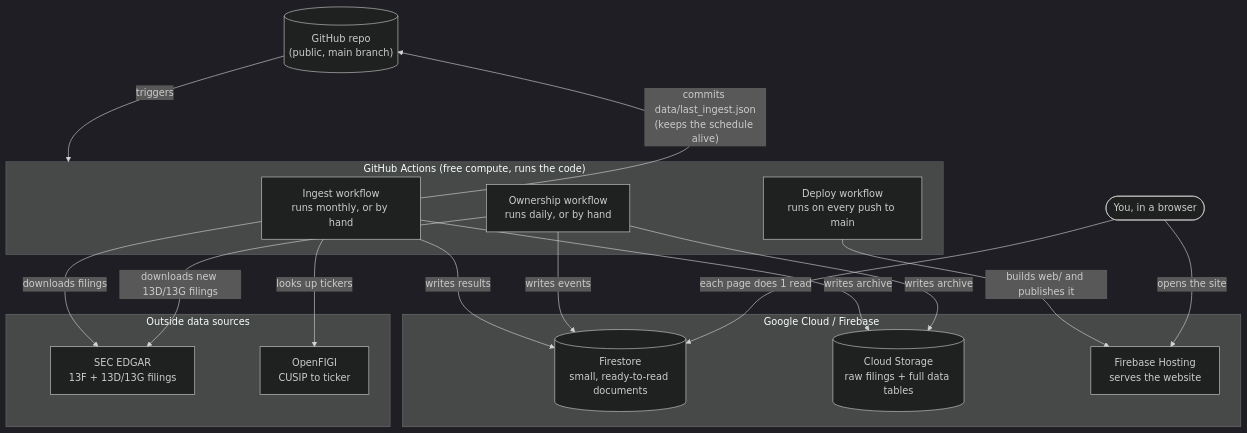
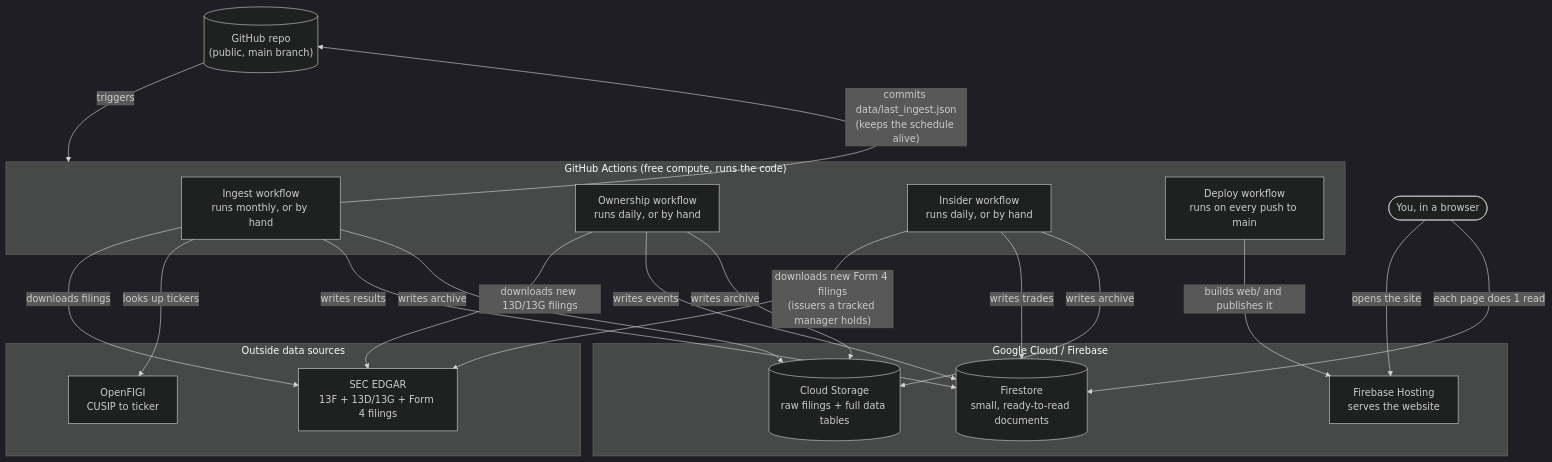
One commit to zhuy9/13f-dashboard changed the first of 4 diagrams in docs/ARCHITECTURE.md. Above: the diagram before and after it, drawn with Mermaid (dark theme). The commit also changed other lines of this file and 2 other files, not shown here.

First line of the commit message:
docs: methodology, README, and architecture for Form 4 (milestone 17.8)

````diff
--- a/docs/ARCHITECTURE.md
+++ b/docs/ARCHITECTURE.md
@@ -11,39 +11,44 @@
 ```mermaid
 flowchart TB
     REPO[("GitHub repo\n(public, main branch)")]
 
     subgraph GHA["GitHub Actions (free compute, runs the code)"]
         ING["Ingest workflow\nruns monthly, or by hand"]
         OWN["Ownership workflow\nruns daily, or by hand"]
+        INS["Insider workflow\nruns daily, or by hand"]
         DEP["Deploy workflow\nruns on every push to main"]
     end
 
     subgraph EXT["Outside data sources"]
-        EDGAR["SEC EDGAR\n13F + 13D/13G filings"]
+        EDGAR["SEC EDGAR\n13F + 13D/13G + Form 4 filings"]
         FIGI["OpenFIGI\nCUSIP to ticker"]
     end
 
     subgraph GCP["Google Cloud / Firebase"]
         FS[("Firestore\nsmall, ready-to-read documents")]
         GCS[("Cloud Storage\nraw filings + full data tables")]
         HOST["Firebase Hosting\nserves the website"]
     end
 
     VISITOR(["You, in a browser"])
 
     REPO -->|triggers| GHA
     ING -->|downloads filings| EDGAR
     ING -->|looks up tickers| FIGI
     ING -->|writes results| FS
     ING -->|writes archive| GCS
     ING -->|"commits data/last_ingest.json\n(keeps the schedule alive)"| REPO
 
     OWN -->|downloads new 13D/13G filings| EDGAR
     OWN -->|writes events| FS
     OWN -->|writes archive| GCS
 
+    INS -->|"downloads new Form 4 filings\n(issuers a tracked manager holds)"| EDGAR
+    INS -->|writes trades| FS
+    INS -->|writes archive| GCS
+
     DEP -->|builds web/ and publishes it| HOST
 
     VISITOR -->|opens the site| HOST
     VISITOR -->|"each page does 1 read"| FS
 ```
````
